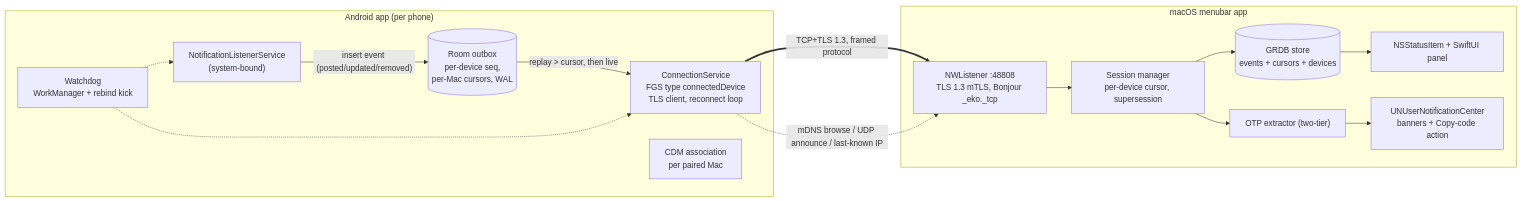
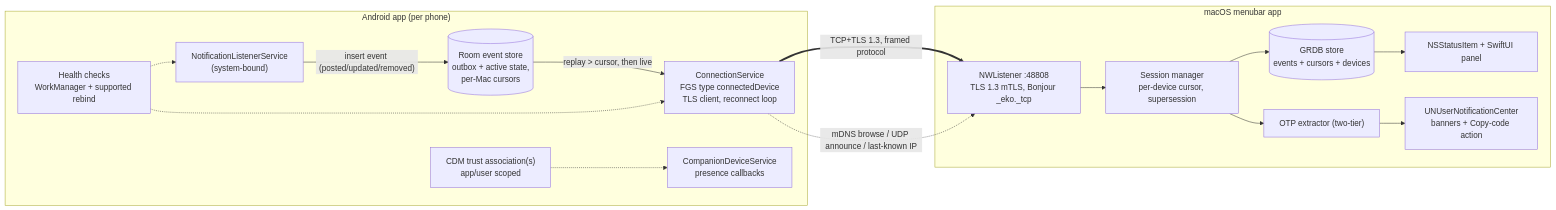
One commit to L-K-M/Eko changed the diagram in PLAN.md. Above: the diagram before and after it, drawn with Mermaid. The commit also changed other lines of this file and 251 other files, not shown here.

````diff
--- a/PLAN.md
+++ b/PLAN.md
@@ -200,29 +211,31 @@
 ```mermaid
 flowchart LR
     subgraph Phone["Android app (per phone)"]
         NLS["NotificationListenerService<br/>(system-bound)"]
-        OUT[("Room outbox<br/>per-device seq,<br/>per-Mac cursors, WAL")]
+        OUT[("Room event store<br/>outbox + active state,<br/>per-Mac cursors")]
         CONN["ConnectionService<br/>FGS type connectedDevice<br/>TLS client, reconnect loop"]
-        CDM["CDM association<br/>per paired Mac"]
-        WD["Watchdog<br/>WorkManager + rebind kick"]
+        CDM["CDM trust association(s)<br/>app/user scoped"]
+        CDS["CompanionDeviceService<br/>presence callbacks"]
+        WD["Health checks<br/>WorkManager + supported rebind"]
         NLS -- "insert event (posted/updated/removed)" --> OUT
         OUT -- "replay > cursor, then live" --> CONN
         WD -.-> NLS
         WD -.-> CONN
+        CDM -.-> CDS
     end
 
     subgraph Mac["macOS menubar app"]
         LST["NWListener :48808<br/>TLS 1.3 mTLS, Bonjour _eko._tcp"]
         SESS["Session manager<br/>per-device cursor, supersession"]
         DB[("GRDB store<br/>events + cursors + devices")]
         OTP["OTP extractor (two-tier)"]
         UI["NSStatusItem + SwiftUI panel"]
         UN["UNUserNotificationCenter<br/>banners + Copy-code action"]
         LST --> SESS --> DB
         DB --> UI
         SESS --> OTP --> UN
     end
 
     CONN == "TCP+TLS 1.3, framed protocol" ==> LST
     CONN -. "mDNS browse / UDP announce / last-known IP" .-> LST
 ```
````
